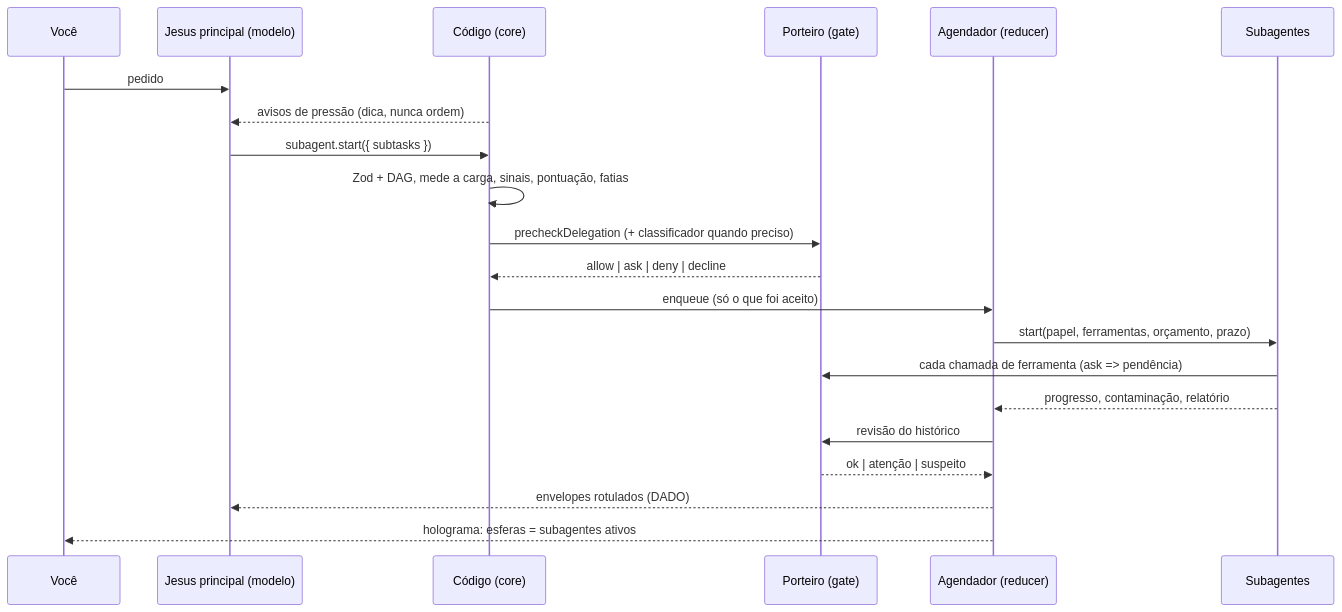
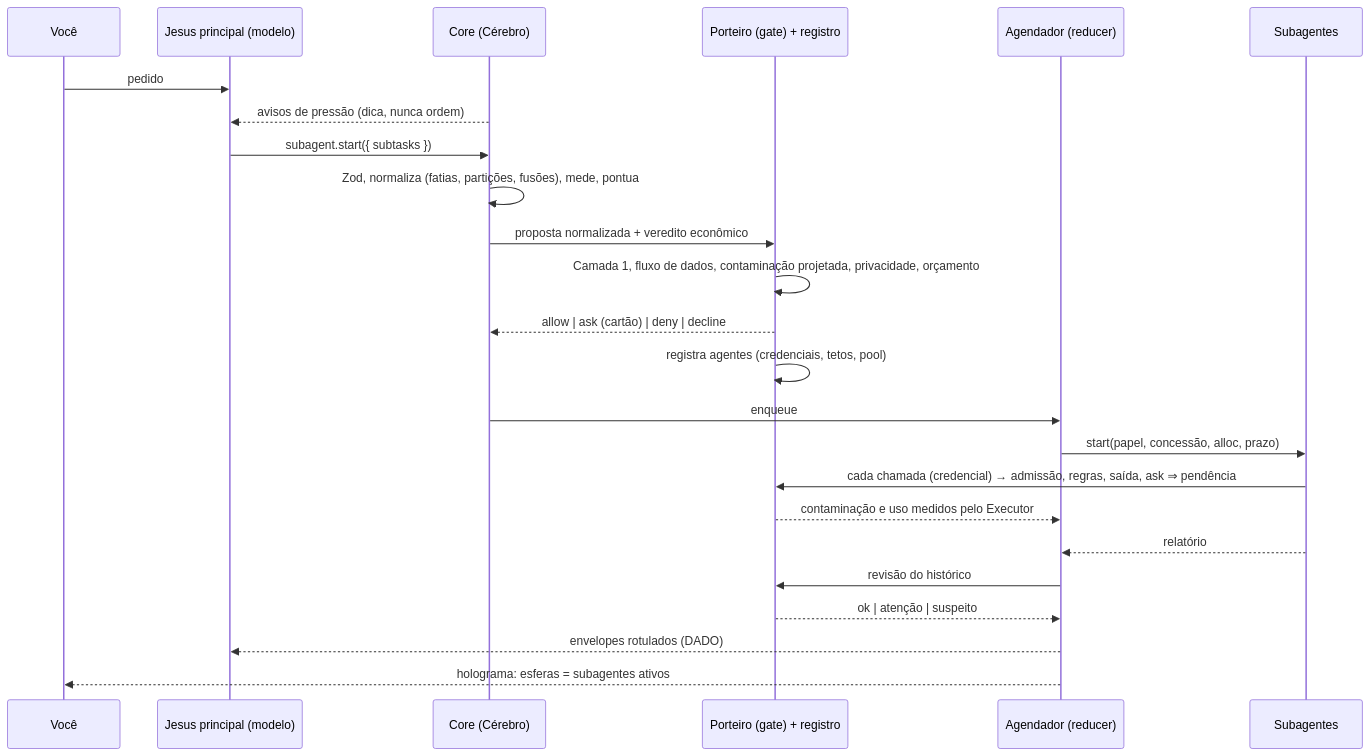
Before and after one commit to mateussfernando/jesus-ia: the first of 2 diagrams in docs/rascunhos/algoritmo-subagentes.md, drawn with Mermaid. The commit also changed other lines of this file and 3 other files, not shown here.

````diff
--- a/docs/rascunhos/algoritmo-subagentes.md
+++ b/docs/rascunhos/algoritmo-subagentes.md
@@ -40,23 +93,26 @@
 ```mermaid
 sequenceDiagram
   participant U as Você
   participant P as Jesus principal (modelo)
-  participant C as Código (core)
-  participant G as Porteiro (gate)
+  participant C as Core (Cérebro)
+  participant G as Porteiro (gate) + registro
   participant S as Agendador (reducer)
   participant F as Subagentes
   U->>P: pedido
   C-->>P: avisos de pressão (dica, nunca ordem)
   P->>C: subagent.start({ subtasks })
-  C->>C: Zod + DAG, mede a carga, sinais, pontuação, fatias
-  C->>G: precheckDelegation (+ classificador quando preciso)
-  G-->>C: allow | ask | deny | decline
-  C->>S: enqueue (só o que foi aceito)
-  S->>F: start(papel, ferramentas, orçamento, prazo)
-  F->>G: cada chamada de ferramenta (ask => pendência)
-  F-->>S: progresso, contaminação, relatório
+  C->>C: Zod, normaliza (fatias, partições, fusões), mede, pontua
+  C->>G: proposta normalizada + veredito econômico
+  G->>G: Camada 1, fluxo de dados, contaminação projetada, privacidade, orçamento
+  G-->>C: allow | ask (cartão) | deny | decline
+  G->>G: registra agentes (credenciais, tetos, pool)
+  C->>S: enqueue
+  S->>F: start(papel, concessão, alloc, prazo)
+  F->>G: cada chamada (credencial) → admissão, regras, saída, ask ⇒ pendência
+  G-->>S: contaminação e uso medidos pelo Executor
+  F-->>S: relatório
   S->>G: revisão do histórico
   G-->>S: ok | atenção | suspeito
   S-->>P: envelopes rotulados (DADO)
   S-->>U: holograma: esferas = subagentes ativos
 ```
````
